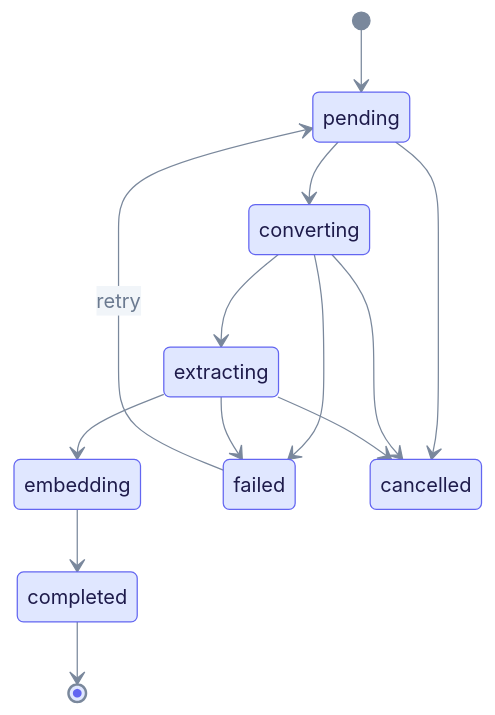
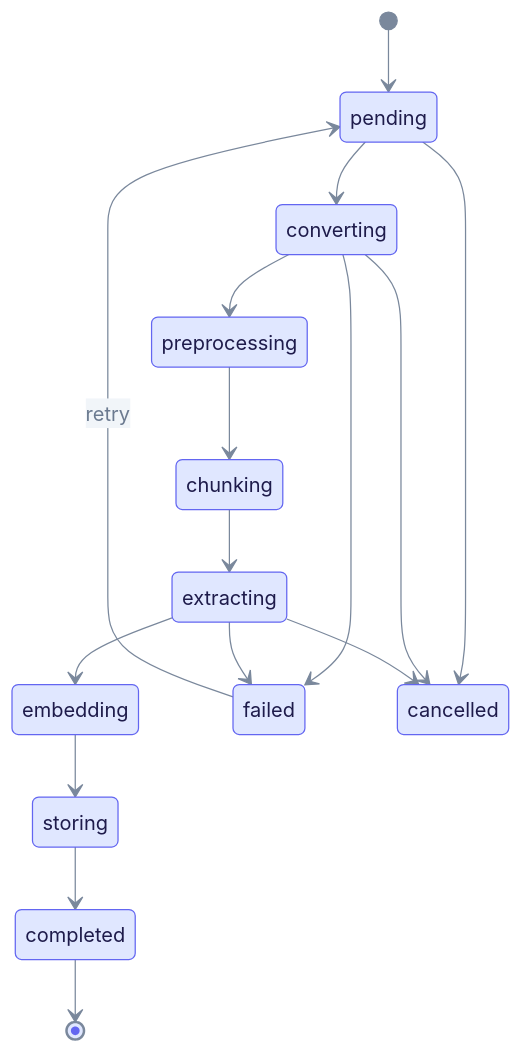
The third of 3 diagrams in docs/tutorials/pdf-ingestion.md (raphaelmansuy/edgequake), drawn with Mermaid before and after one commit. The commit also changed other lines of this file and 194 other files, not shown here.

First line of the commit message:
Refresh docs against code and rebuild schema E/R as progressive steps

````diff
--- a/docs/tutorials/pdf-ingestion.md
+++ b/docs/tutorials/pdf-ingestion.md
@@ -170,17 +173,20 @@
 ```mermaid
 %%{init: {"theme":"base","themeVariables":{"primaryColor":"#E0E7FF","primaryBorderColor":"#6366F1","primaryTextColor":"#1E1B4B","secondaryColor":"#D1FAE5","secondaryBorderColor":"#10B981","secondaryTextColor":"#064E3B","tertiaryColor":"#FEF3C7","tertiaryBorderColor":"#F59E0B","tertiaryTextColor":"#6B7A90","lineColor":"#7A889C","clusterBkg":"rgba(99,102,241,0.07)","clusterBorder":"#A5B4FC","noteBkgColor":"#FEF9C3","noteTextColor":"#422006","textColor":"#6B7A90","titleColor":"#6B7A90","signalColor":"#7A889C","signalTextColor":"#6B7A90","loopTextColor":"#6B7A90","edgeLabelBackground":"#F1F5F9","actorLineColor":"#94A3B8"}}}%%
 %% eq-theme:v1
 stateDiagram-v2
   [*] --> pending
   pending --> converting
-  converting --> extracting
+  converting --> preprocessing
+  preprocessing --> chunking
+  chunking --> extracting
   extracting --> embedding
-  embedding --> completed
+  embedding --> storing
+  storing --> completed
   converting --> failed
   extracting --> failed
+  failed --> pending: retry
   pending --> cancelled
   converting --> cancelled
   extracting --> cancelled
-  failed --> pending: retry
   completed --> [*]
 ```
````
